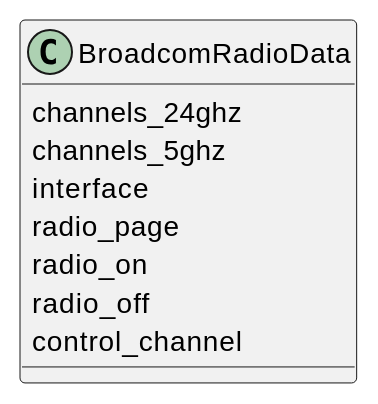
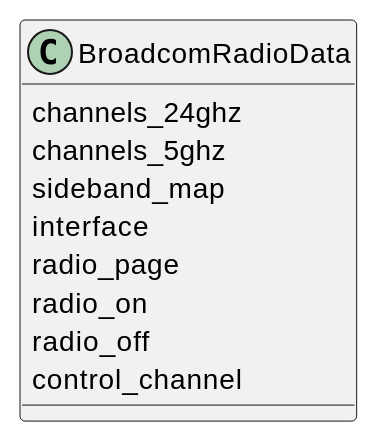
Before and after one commit to russell-n/apcommand: the second of 5 diagrams in apcommand/accesspoints/broadcom/commons.rst, drawn with PlantUML. The commit also changed other lines of this file and 8 other files, not shown here.

```diff
--- a/apcommand/accesspoints/broadcom/commons.rst
+++ b/apcommand/accesspoints/broadcom/commons.rst
@@ -41,9 +41,10 @@
 .. uml::
 
    BroadcomRadioData : channels_24ghz
    BroadcomRadioData : channels_5ghz
+   BroadcomRadioData : sideband_map
    BroadcomRadioData : interface
    BroadcomRadioData : radio_page
    BroadcomRadioData : radio_on
    BroadcomRadioData : radio_off
    BroadcomRadioData : control_channel
```
